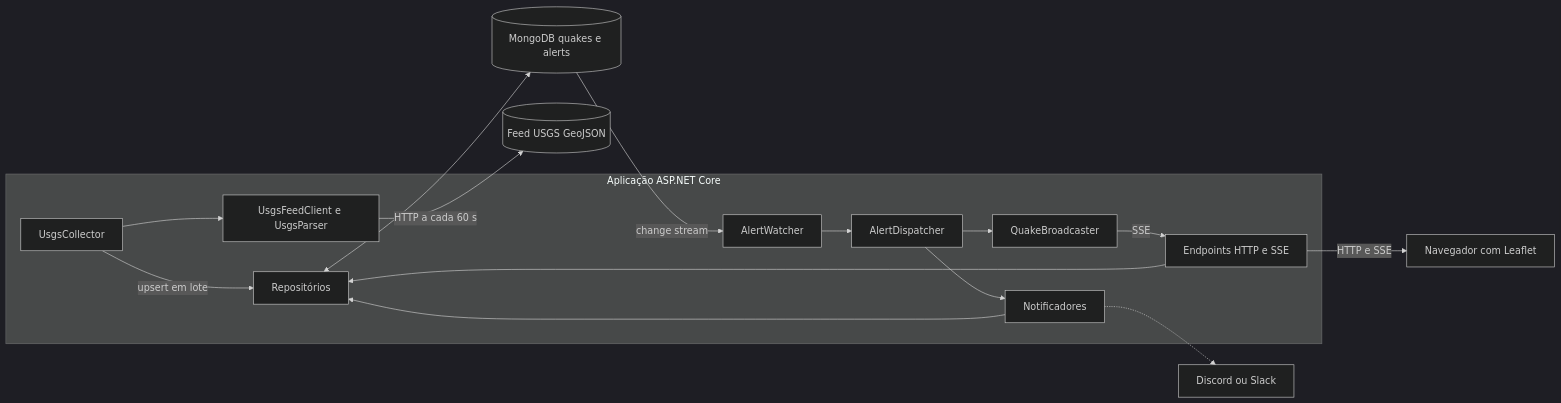
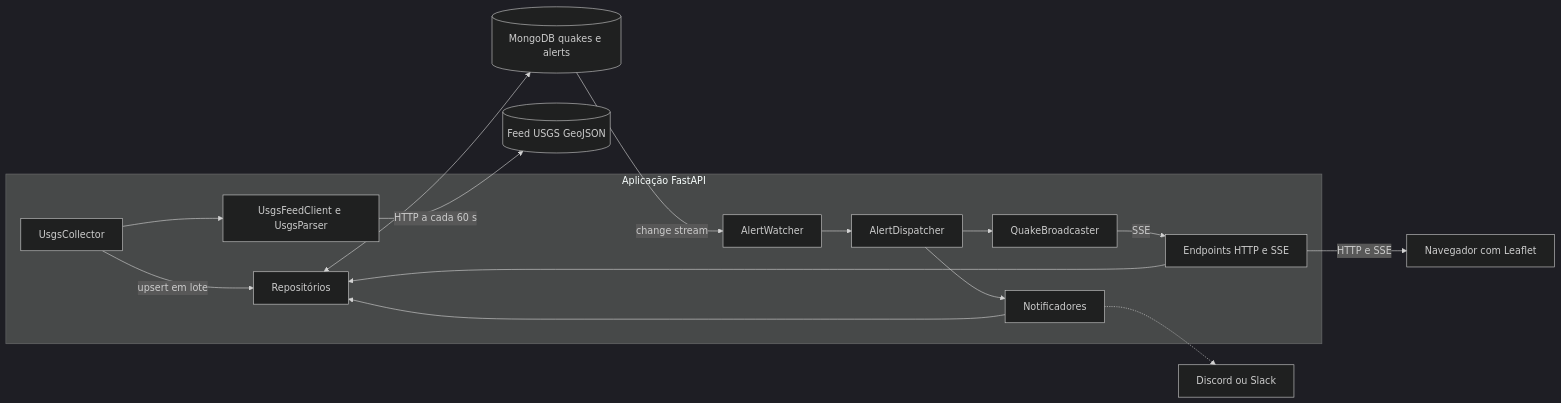
The first of 3 diagrams in README.md (ariwired/quake-radar), drawn with Mermaid (dark theme) before and after one commit. The commit also changed other lines of this file and 2 other files, not shown here.

````diff
--- a/README.md
+++ b/README.md
@@ -76,33 +78,33 @@
 ```mermaid
 flowchart LR
     USGS[(Feed USGS GeoJSON)]
 
-    subgraph App[Aplicação ASP.NET Core]
+    subgraph App[Aplicação FastAPI]
         Collector[UsgsCollector]
         FeedClient[UsgsFeedClient e UsgsParser]
         Repos[Repositórios]
         Watcher[AlertWatcher]
         Dispatcher[AlertDispatcher]
         Hub[QuakeBroadcaster]
         Notifiers[Notificadores]
         Api[Endpoints HTTP e SSE]
     end
 
     Mongo[(MongoDB quakes e alerts)]
     Browser[Navegador com Leaflet]
     Webhook[Discord ou Slack]
 
     Collector --> FeedClient
     FeedClient -->|HTTP a cada 60 s| USGS
     Collector -->|upsert em lote| Repos
     Repos <--> Mongo
     Mongo -->|change stream| Watcher
     Watcher --> Dispatcher
     Dispatcher --> Hub
     Dispatcher --> Notifiers
     Notifiers --> Repos
     Notifiers -.-> Webhook
     Hub -->|SSE| Api
     Api -->|HTTP e SSE| Browser
     Api --> Repos
 ```
````
